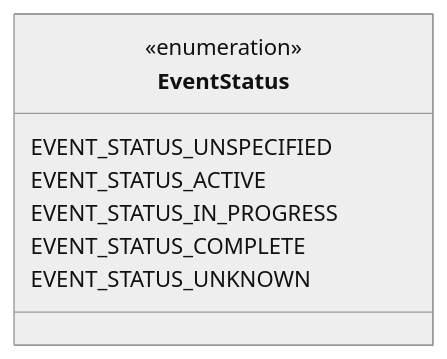
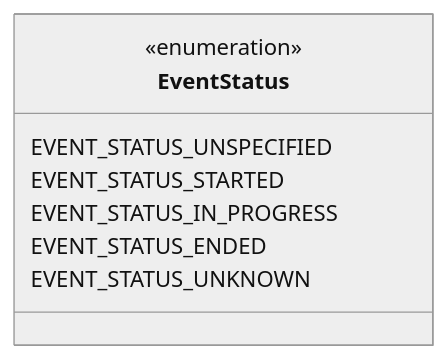
Before and after one commit to zaphiro-technologies/protobuf: the first of 3 diagrams in docs/event.proto.md, drawn with Mermaid (neutral theme). The commit also changed other lines of this file and 7 other files, not shown here.

First line of the commit message:
Event: set `occurredAt` as required, correct Event Status to `Started`, `Ended`, and add `eventType` in the header (#23)

````diff
--- a/docs/event.proto.md
+++ b/docs/event.proto.md
@@ -58,14 +58,14 @@
 ```mermaid
 classDiagram
 direction LR
 %% The collection of Event Status defined so far.
 
 class EventStatus{
   <<enumeration>>
   EVENT_STATUS_UNSPECIFIED
-  EVENT_STATUS_ACTIVE
+  EVENT_STATUS_STARTED
   EVENT_STATUS_IN_PROGRESS
-  EVENT_STATUS_COMPLETE
+  EVENT_STATUS_ENDED
   EVENT_STATUS_UNKNOWN
 }
 ```
````
